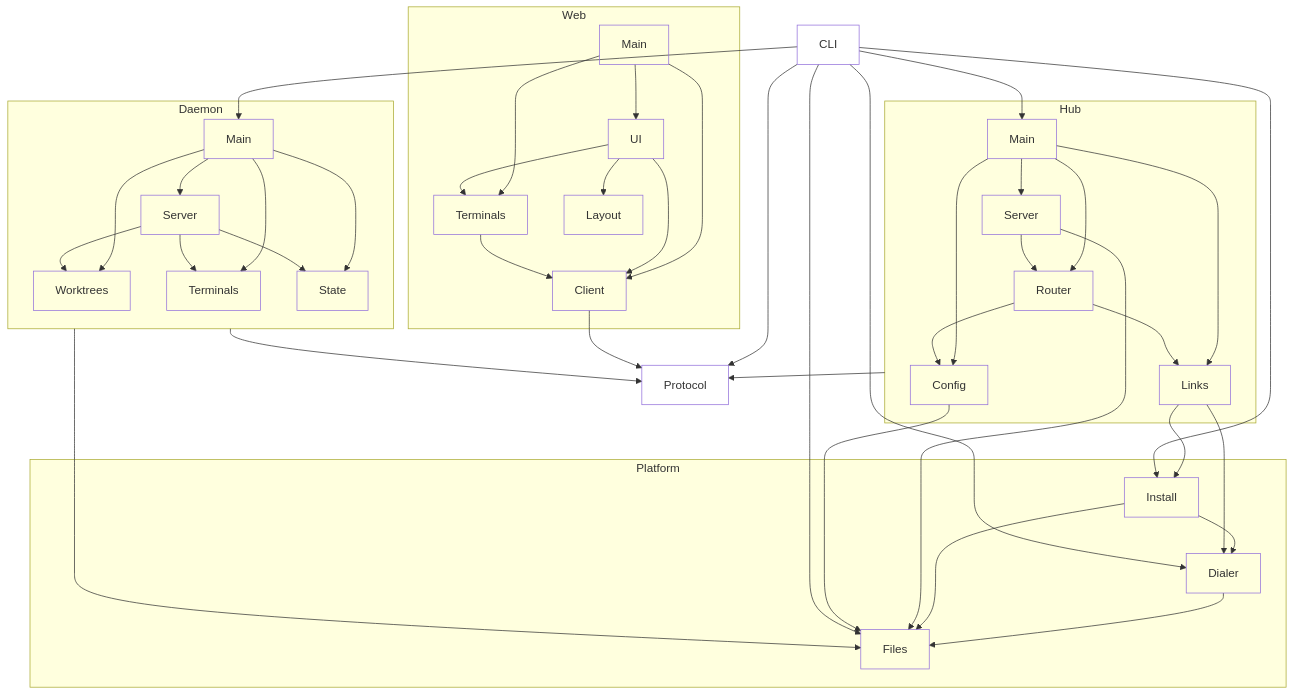
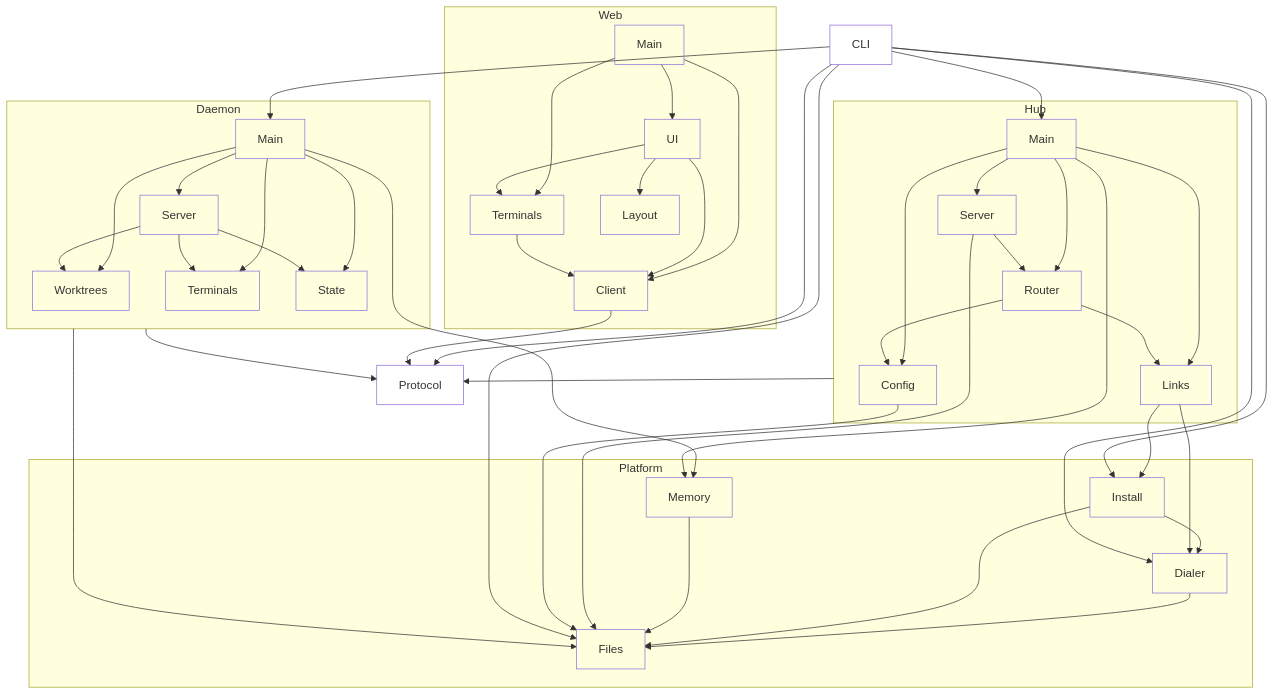
Before and after one commit to MotleyAI/worktree-term: the diagram in architecture/system.arc42.md, drawn with Mermaid. The commit also changed 27 other files, not shown here.

Commit message:
DEV-2161 implement: per-component memory logs of daemon and hub

````diff
--- a/architecture/system.arc42.md
+++ b/architecture/system.arc42.md
@@ -12,72 +12,76 @@
 ```mermaid
 flowchart TD
   %% system: worktree-term
   protocol["Protocol"]
   subgraph platform["Platform"]
     platform__files["Files"]
     platform__dialer["Dialer"]
     platform__install["Install"]
+    platform__memory["Memory"]
   end
   subgraph daemon["Daemon"]
     daemon__worktrees["Worktrees"]
     daemon__terminals["Terminals"]
     daemon__state["State"]
     daemon__server["Server"]
     daemon__main["Main"]
   end
   subgraph hub["Hub"]
     hub__server["Server"]
     hub__links["Links"]
     hub__config["Config"]
     hub__router["Router"]
     hub__main["Main"]
   end
   cli["CLI"]
   subgraph web["Web"]
     web__client["Client"]
     web__terminals["Terminals"]
     web__layout["Layout"]
     web__ui["UI"]
     web__main["Main"]
   end
   platform__dialer --> platform__files
   platform__install --> platform__files
   platform__install --> platform__dialer
+  platform__memory --> platform__files
   daemon --> protocol
   daemon --> platform__files
   daemon__main --> daemon__server
   daemon__main --> daemon__worktrees
   daemon__main --> daemon__terminals
   daemon__main --> daemon__state
+  daemon__main --> platform__memory
   daemon__server --> daemon__worktrees
   daemon__server --> daemon__terminals
   daemon__server --> daemon__state
   hub --> protocol
   hub__server --> platform__files
   hub__config --> platform__files
   hub__links --> platform__dialer
   hub__links --> platform__install
   hub__main --> hub__server
   hub__main --> hub__router
   hub__main --> hub__links
   hub__main --> hub__config
+  hub__main --> platform__memory
   hub__server --> hub__router
   hub__router --> hub__links
   hub__router --> hub__config
   cli --> daemon__main
   cli --> hub__main
   cli --> platform__files
   cli --> platform__dialer
   cli --> platform__install
   cli --> protocol
   web__client --> protocol
   web__main --> web__ui
   web__main --> web__client
   web__main --> web__terminals
   web__ui --> web__client
   web__ui --> web__terminals
   web__ui --> web__layout
   web__terminals --> web__client
   classDef leaf fill:none;
-  class protocol,platform__files,platform__dialer,platform__install,daemon__worktrees,daemon__terminals,daemon__state,daemon__server,daemon__main,hub__server,hub__links,hub__config,hub__router,hub__main,cli,web__client,web__terminals,web__layout,web__ui,web__main leaf;
+  class protocol,platform__files,platform__dialer,platform__install,platform__memory,daemon__worktrees,daemon__terminals,daemon__state,daemon__server,daemon__main,hub__server,hub__links,hub__config,hub__router,hub__main,cli,web__client,web__terminals,web__layout,web__ui,web__main leaf;
 ```
````
